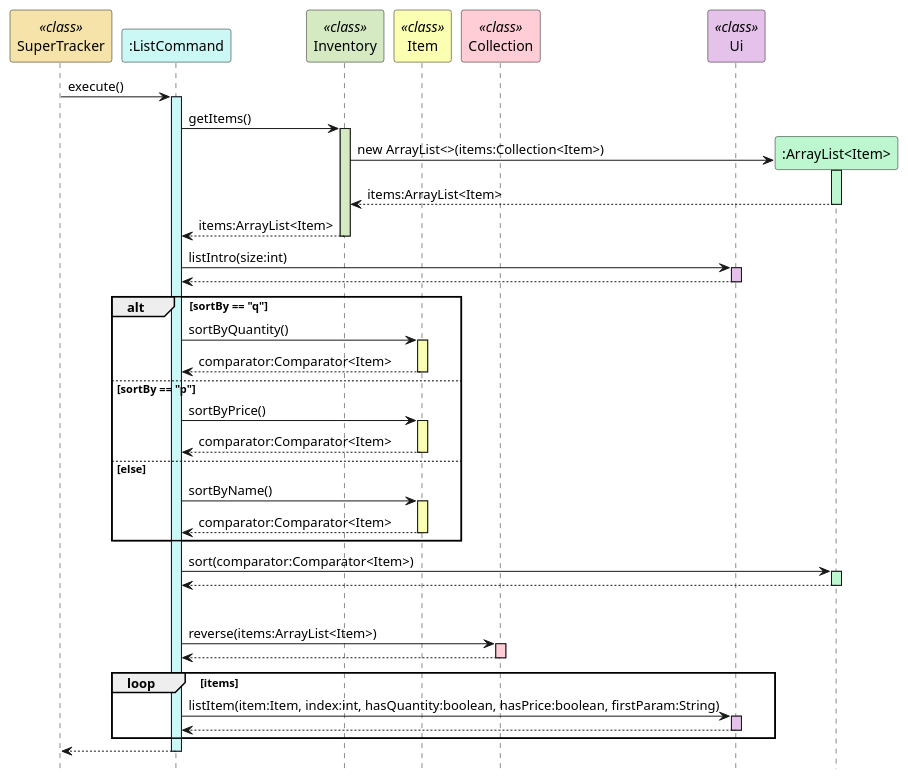
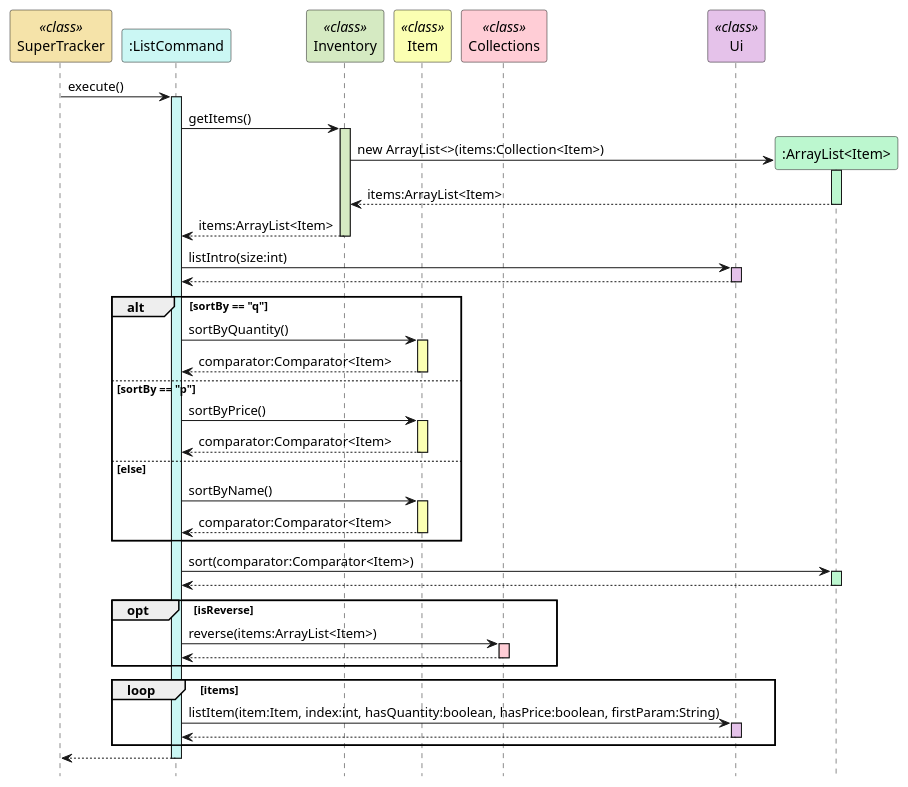
The second of 2 diagrams in docs/uml-diagrams/ListCommand.puml (rismm/tp), drawn with PlantUML before and after one commit. The commit also changed other lines of this file and 3 other files, not shown here.

Commit message:
Update developer guide for list command

```diff
--- a/docs/uml-diagrams/ListCommand.puml
+++ b/docs/uml-diagrams/ListCommand.puml
@@ -53,76 +53,78 @@
 @startuml
 hide footbox
 participant "SuperTracker" as SuperTracker <<class>> #f5e3a9
 participant ":ListCommand" as ListCommand #cbf7f4
 participant "Inventory" as Inventory <<class>> #d5eac2
 participant "Item" as Item <<class>> #fbffb2
-participant "Collection" as Collection <<class>> #ffcdd6
+participant "Collections" as Collections <<class>> #ffcdd6
 participant "Ui" as Ui <<class>> #e5c2ea
 participant ":ArrayList<Item>" as ArrayList #bcf7cf
 
 SuperTracker -> ListCommand : execute()
 activate ListCommand #cbf7f4
 
 ListCommand -> Inventory : getItems()
 activate Inventory #d5eac2
 
 Inventory -> ArrayList ** : new ArrayList<>(items:Collection<Item>)
 activate ArrayList #bcf7cf
 ArrayList --> Inventory : items:ArrayList<Item>
 deactivate ArrayList
 
 Inventory --> ListCommand : items:ArrayList<Item>
 deactivate Inventory
 
 ListCommand -> Ui : listIntro(size:int)
 activate Ui #e5c2ea
 Ui --> ListCommand
 deactivate Ui
 
 alt sortBy == "q"
 
 ListCommand -> Item : sortByQuantity()
 activate Item #fbffb2
 Item --> ListCommand : comparator:Comparator<Item>
 deactivate Item
 
 else sortBy == "p"
 
 ListCommand -> Item : sortByPrice()
 activate Item #fbffb2
 Item --> ListCommand : comparator:Comparator<Item>
 deactivate Item
 
 else else
 
 ListCommand -> Item : sortByName()
 activate Item #fbffb2
 Item --> ListCommand : comparator:Comparator<Item>
 deactivate Item
 
 end
 
 ListCommand -> ArrayList : sort(comparator:Comparator<Item>)
 activate ArrayList #bcf7cf
 ArrayList --> ListCommand
 deactivate ArrayList
 
-opt reverse
+opt isReverse
 
-ListCommand -> Collection : reverse(items:ArrayList<Item>)
-activate Collection #ffcdd6
-Collection --> ListCommand
-deactivate Collection
+ListCommand -> Collections : reverse(items:ArrayList<Item>)
+activate Collections #ffcdd6
+Collections --> ListCommand
+deactivate Collections
+
+end
 
 loop items
 
 ListCommand -> Ui : listItem(item:Item, index:int, hasQuantity:boolean, hasPrice:boolean, firstParam:String)
 activate Ui #e5c2ea
 Ui --> ListCommand
 deactivate Ui
 
 end
 
 ListCommand --> SuperTracker
 deactivate ListCommand
 @enduml
```
